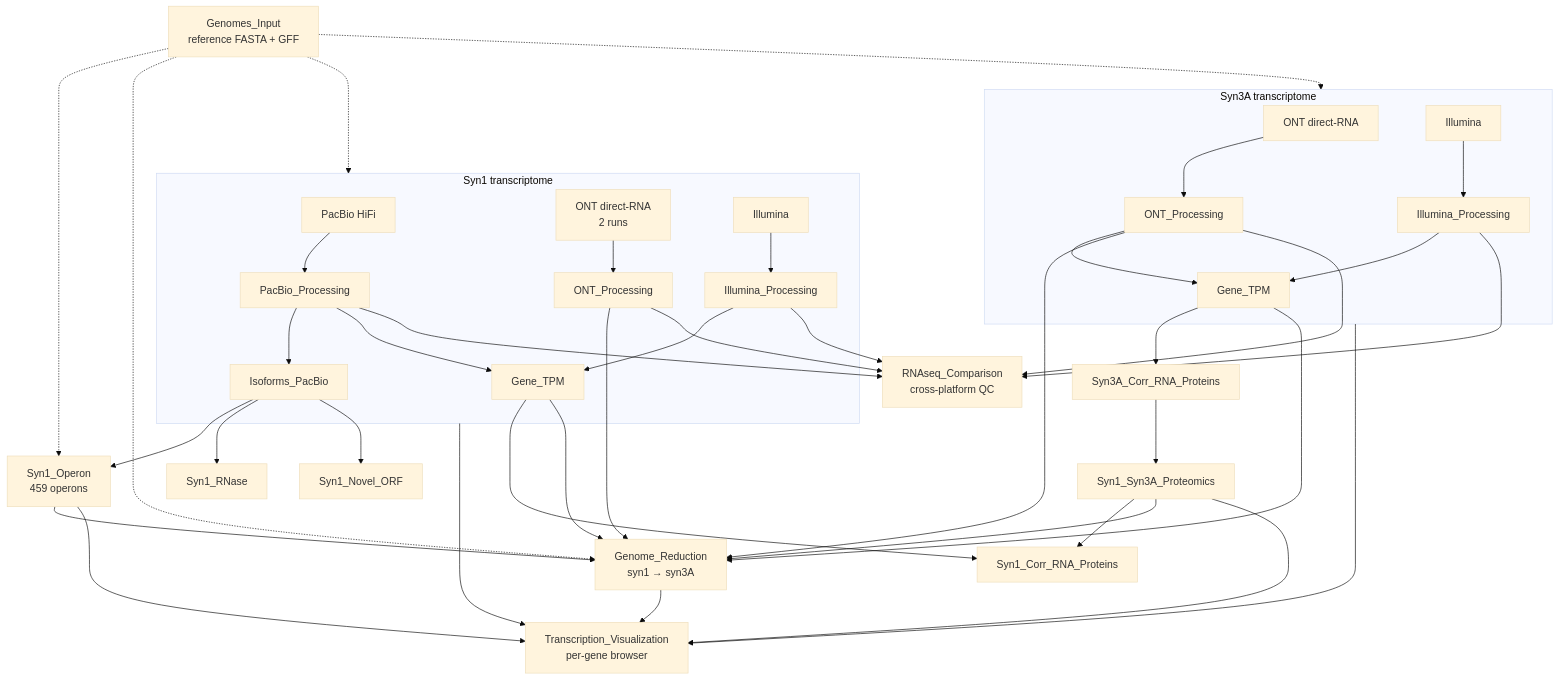
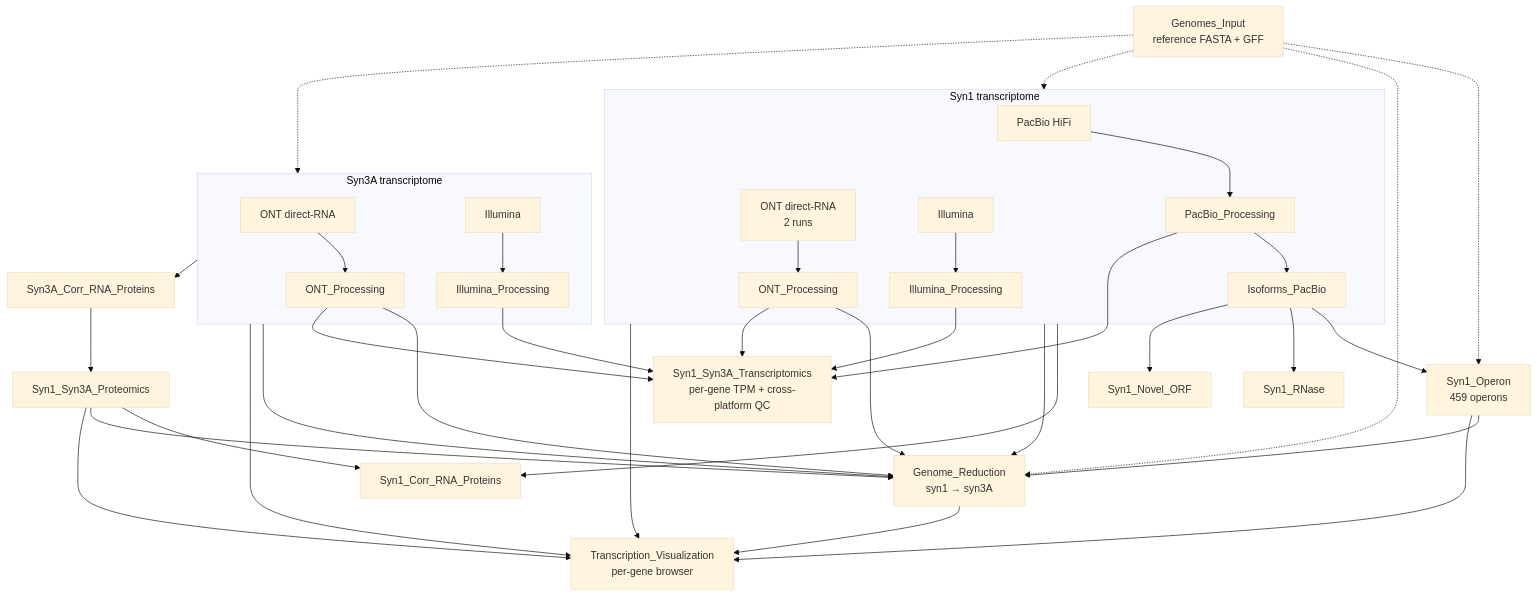
One commit to Luthey-Schulten-Lab/JCVI-Syn1_Syn3A_Transcriptomics_Proteomics changed the diagram in README.md. Above: the diagram before and after it, drawn with Mermaid (base theme). The commit also changed other lines of this file and 22 other files, not shown here.

````diff
--- a/README.md
+++ b/README.md
@@ -66,52 +67,48 @@
 ```mermaid
 flowchart TD
     GEN["Genomes_Input<br/>reference FASTA + GFF"]
 
     subgraph SYN1["Syn1 transcriptome"]
         PB["PacBio HiFi"] --> PBP["PacBio_Processing"] --> ISO["Isoforms_PacBio"]
         ONT1["ONT direct-RNA<br/>2 runs"] --> ONTP1["ONT_Processing"]
         ILL1["Illumina"] --> ILP1["Illumina_Processing"]
-        PBP --> TPM1["Gene_TPM"]
-        ILP1 --> TPM1
     end
 
     subgraph SYN3["Syn3A transcriptome"]
         ONT["ONT direct-RNA"] --> ONTP["ONT_Processing"]
         ILL3["Illumina"] --> ILP3["Illumina_Processing"]
-        ONTP --> TPM3["Gene_TPM"]
-        ILP3 --> TPM3
     end
 
     PROT["Syn1_Syn3A_Proteomics"]
 
     ISO --> OPN["Syn1_Operon<br/>459 operons"]
     ISO --> RNASE["Syn1_RNase"]
     ISO --> NOV["Syn1_Novel_ORF"]
-    TPM1 --> CORR["Syn1_Corr_RNA_Proteins"]
+    SYN1 --> CORR["Syn1_Corr_RNA_Proteins"]
     PROT --> CORR
-    TPM3 --> S3C["Syn3A_Corr_RNA_Proteins"]
+    SYN3 --> S3C["Syn3A_Corr_RNA_Proteins"]
     S3C --> PROT
     OPN --> GR["Genome_Reduction<br/>syn1 → syn3A"]
     PROT --> GR
-    TPM1 --> GR
-    TPM3 --> GR
+    SYN1 --> GR
+    SYN3 --> GR
     ONTP1 --> GR
     ONTP --> GR
 
     SYN1 --> VIZ["Transcription_Visualization<br/>per-gene browser"]
     SYN3 --> VIZ
     OPN --> VIZ
     PROT --> VIZ
     GR --> VIZ
 
-    PBP --> RC["RNAseq_Comparison<br/>cross-platform QC"]
+    PBP --> RC["Syn1_Syn3A_Transcriptomics<br/>per-gene TPM + cross-platform QC"]
     ILP1 --> RC
     ONTP1 --> RC
     ILP3 --> RC
     ONTP --> RC
 
     GEN -.-> SYN1
     GEN -.-> SYN3
     GEN -.-> OPN
     GEN -.-> GR
 ```
````
